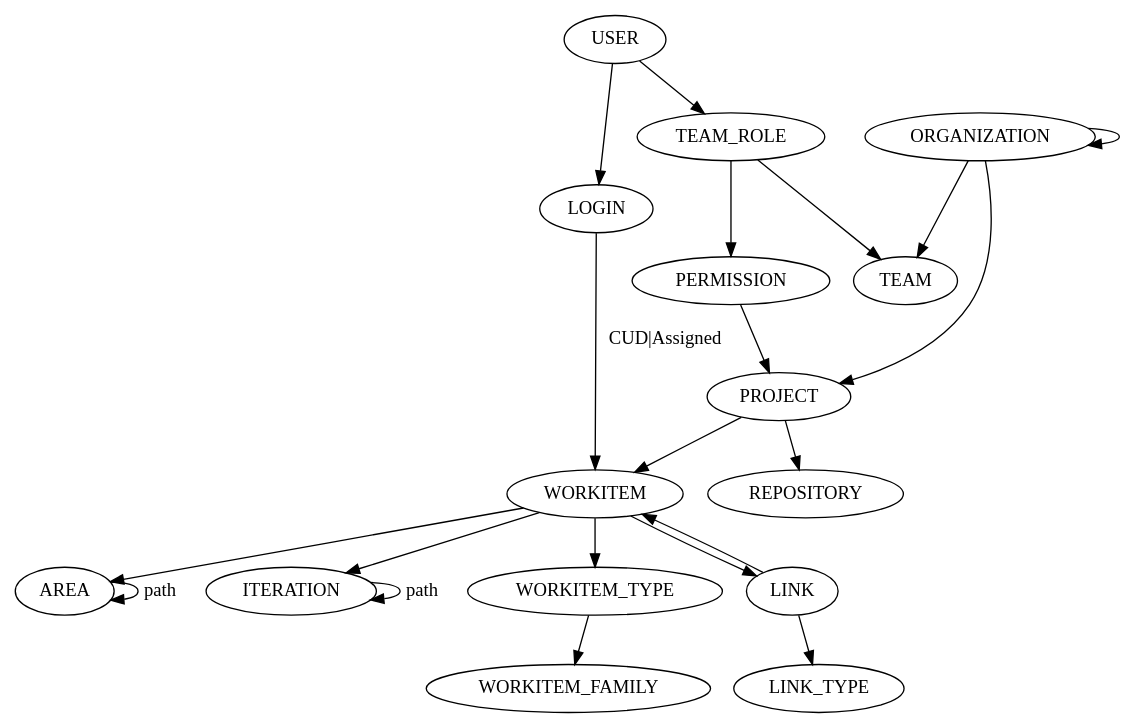
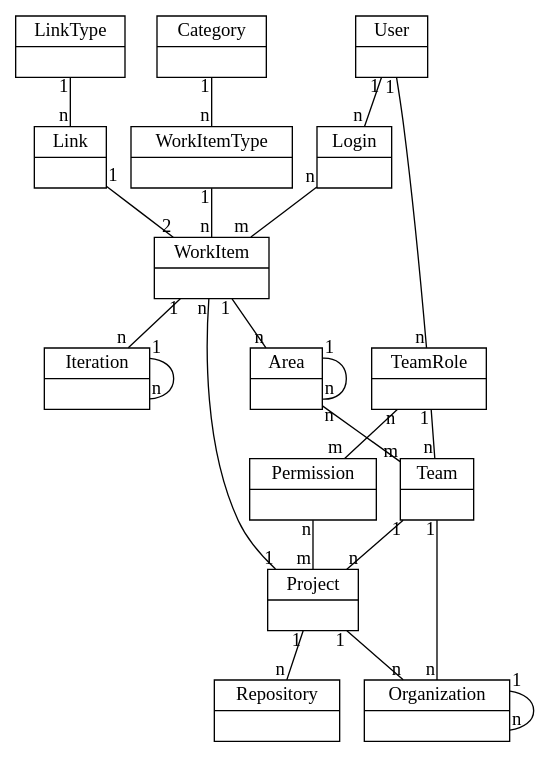
One commit to fabric8-services/fabric8-devdoc changed the diagram in _blueprints/model_overview.adoc. Above: the diagram before and after it, drawn with Graphviz. The commit also changed other lines of this file, not shown here.

Commit message:
New version of model overview diagram, with relations. (#103)

```diff
--- a/_blueprints/model_overview.adoc
+++ b/_blueprints/model_overview.adoc
@@ -3,31 +3,70 @@
 [graphviz, model_overview, svg]
 ----
 digraph G {
+	node [
+		shape = "record"
+	]
+
+  USER [label = "{User|}"]
+  LOGIN [label = "{Login|}"]
+  TEAM_ROLE [label = "{TeamRole|}"]
+  WORKITEM [label = "{WorkItem|}"]
+  TEAM [label = "{Team|}"]
+  PERMISSION [label = "{Permission|}"]
+  PROJECT [label = "{Project|}"]
+  WORKITEM_TYPE [label = "{WorkItemType|}"]
+  CATEGORY [label = "{Category|}"]
+  LINK [label = "{Link|}"]
+  LINK_TYPE [label = "{LinkType|}"]
+  REPOSITORY [label = "{Repository|}"]
+  ORGANIZATION [label = "{Organization|}"]
+  AREA [label = "{Area|}"]
+  ITERATION [label = "{Iteration|}"]
+
+	edge [
+		arrowhead = "none"
+		headlabel = "n"
+		taillabel = "1"
+	]
+	USER -> TEAM_ROLE
+	TEAM_ROLE -> TEAM
+	TEAM -> PROJECT
+	PROJECT -> WORKITEM
+	PROJECT -> REPOSITORY
+	WORKITEM_TYPE -> WORKITEM
+	LINK_TYPE -> LINK
+	CATEGORY -> WORKITEM_TYPE
+	ORGANIZATION -> ORGANIZATION
+	AREA -> AREA
+	ITERATION -> ITERATION
+	TEAM -> ORGANIZATION
+	PROJECT -> ORGANIZATION
+	WORKITEM -> AREA
+	WORKITEM -> ITERATION
 	USER -> LOGIN
-	
-	USER -> TEAM_ROLE
-	LOGIN -> WORKITEM[label="CUD|Assigned"]
-	
-	TEAM_ROLE -> TEAM
+
+	edge [
+		arrowhead = "none"
+		headlabel = "1"
+		taillabel = "1"
+	]
+
+	edge [
+		arrowhead = "none"
+		headlabel = "m"
+		taillabel = "n"
+	]
 	TEAM_ROLE -> PERMISSION
 	PERMISSION -> PROJECT
+	LOGIN -> WORKITEM
+	AREA -> TEAM
 
-	ORGANIZATION -> TEAM
-	ORGANIZATION -> PROJECT
-	ORGANIZATION -> ORGANIZATION
+	edge [
+		arrowhead = "none"
+		headlabel = "2"
+		taillabel = "1"
+	]
+	LINK -> WORKITEM
 
-	PROJECT -> WORKITEM
-	PROJECT -> REPOSITORY
-
-	WORKITEM -> AREA
-	WORKITEM -> ITERATION
-	WORKITEM -> WORKITEM_TYPE
-	WORKITEM -> LINK
-	WORKITEM_TYPE -> WORKITEM_FAMILY
-
-	AREA -> AREA [label="path"]
-	ITERATION -> ITERATION [label="path"] 
-	LINK -> WORKITEM
-	LINK -> LINK_TYPE
 }
 ----
```
